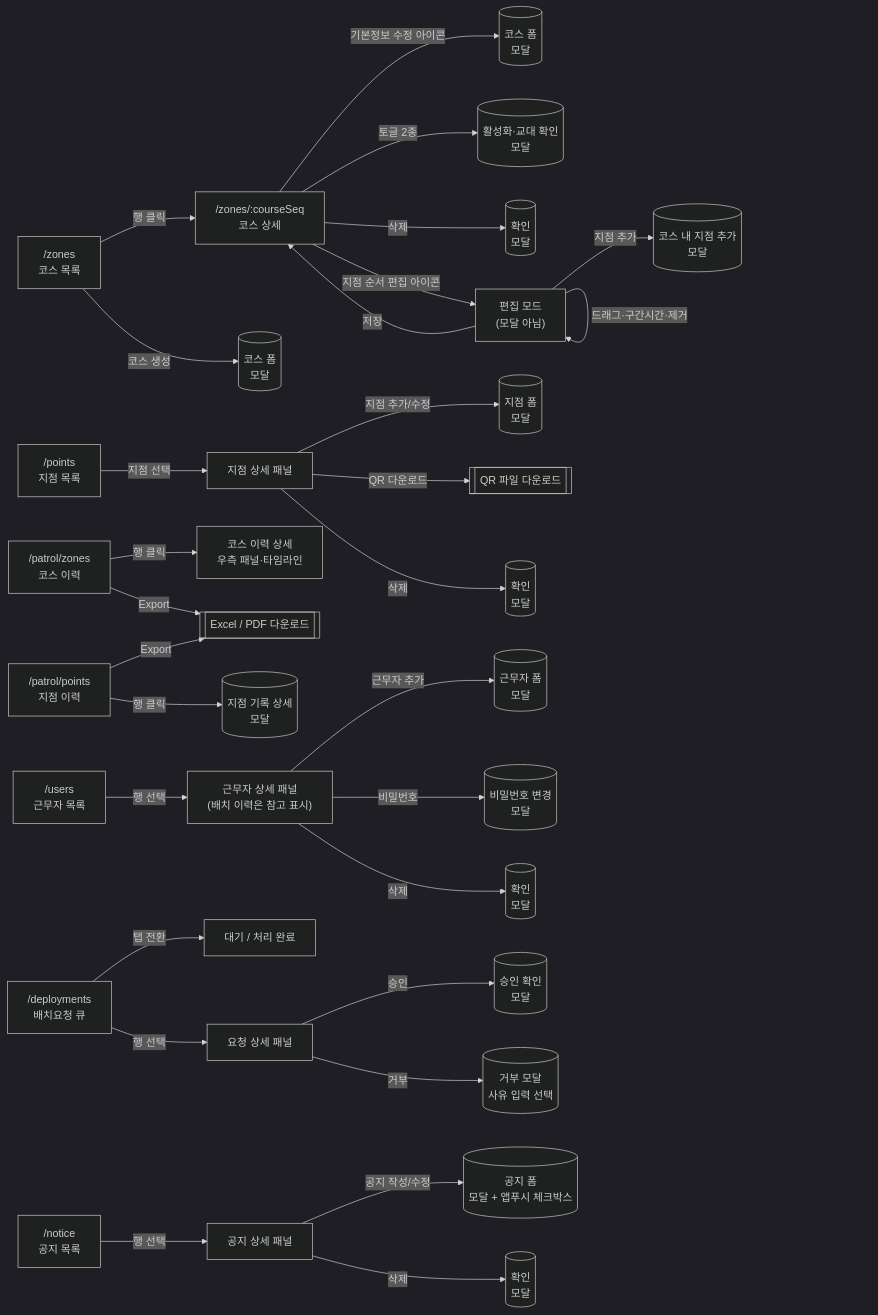
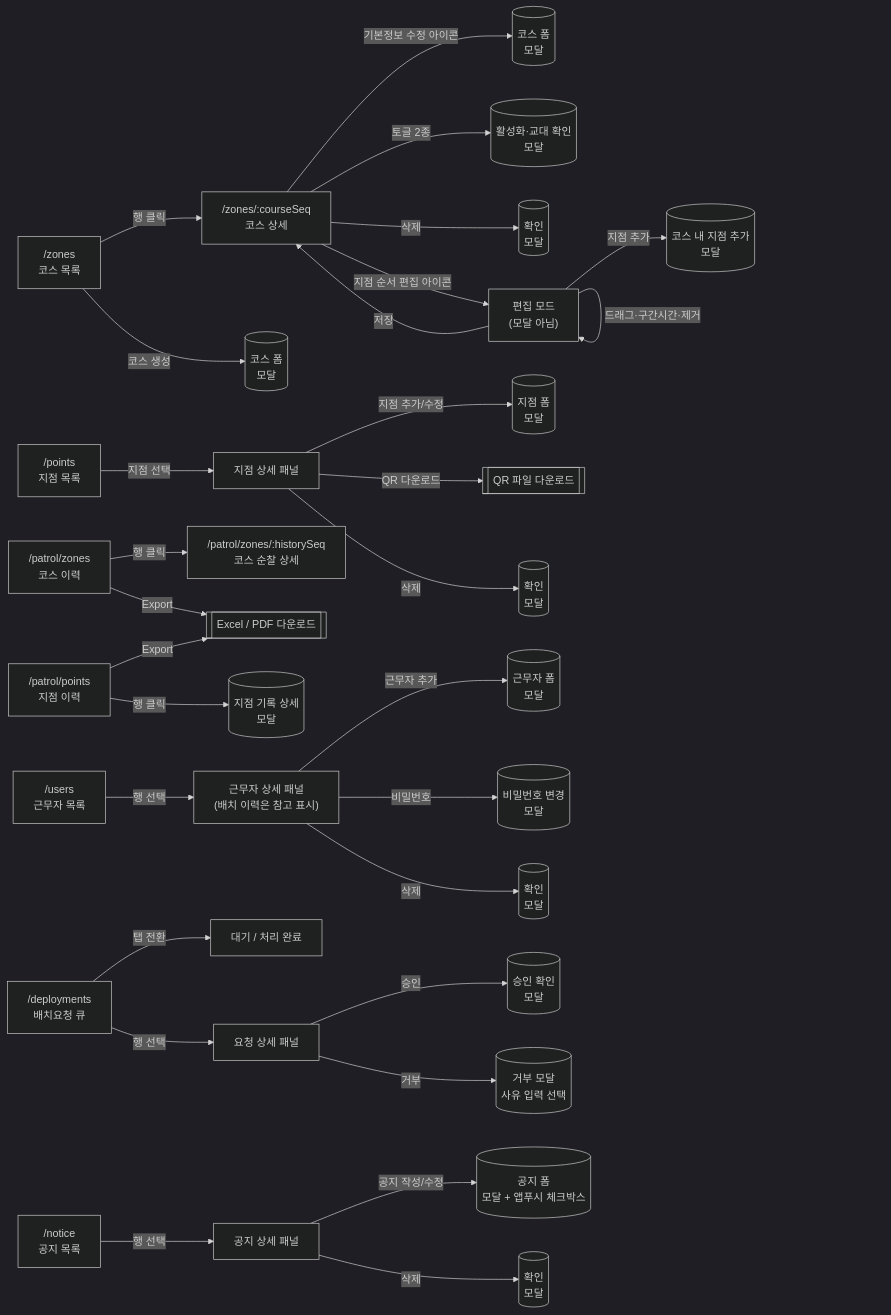
One commit to S-Tec-System-R-D/s-patrol_fe changed the third of 15 diagrams in docs/flow.md. Above: the diagram before and after it, drawn with Mermaid. The commit also changed other lines of this file and 6 other files, not shown here.

````diff
--- a/docs/flow.md
+++ b/docs/flow.md
@@ -126,38 +127,38 @@
 ```mermaid
 %%{init: {'theme':'dark'}}%%
 flowchart LR
     Z["/zones<br/>코스 목록"] -- "행 클릭" --> ZD["/zones/:courseSeq<br/>코스 상세"]
     Z -- "코스 생성" --> ZAdd[(코스 폼<br/>모달)]
     ZD -- "기본정보 수정 아이콘" --> ZForm[(코스 폼<br/>모달)]
     ZD -- "토글 2종" --> ZTog[(활성화·교대 확인<br/>모달)]
     ZD -- "삭제" --> Conf1[(확인<br/>모달)]
     ZD -- "지점 순서 편집 아이콘" --> ZEdit["편집 모드<br/>(모달 아님)"]
     ZEdit -- "지점 추가" --> APAdd[(코스 내 지점 추가<br/>모달)]
     ZEdit -- "드래그·구간시간·제거" --> ZEdit
     ZEdit -- "저장" --> ZD
 
     P["/points<br/>지점 목록"] -- 지점 선택 --> PD[지점 상세 패널]
     PD -- "지점 추가/수정" --> PForm[(지점 폼<br/>모달)]
     PD -- "QR 다운로드" --> Dl[["QR 파일 다운로드"]]
     PD -- "삭제" --> Conf2[(확인<br/>모달)]
 
-    PZ["/patrol/zones<br/>코스 이력"] -- 행 클릭 --> PZD[코스 이력 상세<br/>우측 패널·타임라인]
+    PZ["/patrol/zones<br/>코스 이력"] -- 행 클릭 --> PZD["/patrol/zones/:historySeq<br/>코스 순찰 상세"]
     PZ -- "Export" --> Exp[["Excel / PDF 다운로드"]]
 
     PP["/patrol/points<br/>지점 이력"] -- 행 클릭 --> PPD[(지점 기록 상세<br/>모달)]
     PP -- "Export" --> Exp
 
     Users["/users<br/>근무자 목록"] -- 행 선택 --> UD["근무자 상세 패널<br/>(배치 이력은 참고 표시)"]
     UD -- "근무자 추가" --> UForm[(근무자 폼<br/>모달)]
     UD -- "비밀번호" --> UPwd[(비밀번호 변경<br/>모달)]
     UD -- "삭제" --> Conf3[(확인<br/>모달)]
 
     Deploy["/deployments<br/>배치요청 큐"] -- "탭 전환" --> DTab["대기 / 처리 완료"]
     Deploy -- "행 선택" --> DReq[요청 상세 패널]
     DReq -- "승인" --> DApp[(승인 확인<br/>모달)]
     DReq -- "거부" --> DRej[(거부 모달<br/>사유 입력 선택)]
 
     Notice["/notice<br/>공지 목록"] -- 행 선택 --> NDet[공지 상세 패널]
     NDet -- "공지 작성/수정" --> NForm[(공지 폼<br/>모달 + 앱푸시 체크박스)]
     NDet -- "삭제" --> Conf4[(확인<br/>모달)]
 ```
````
